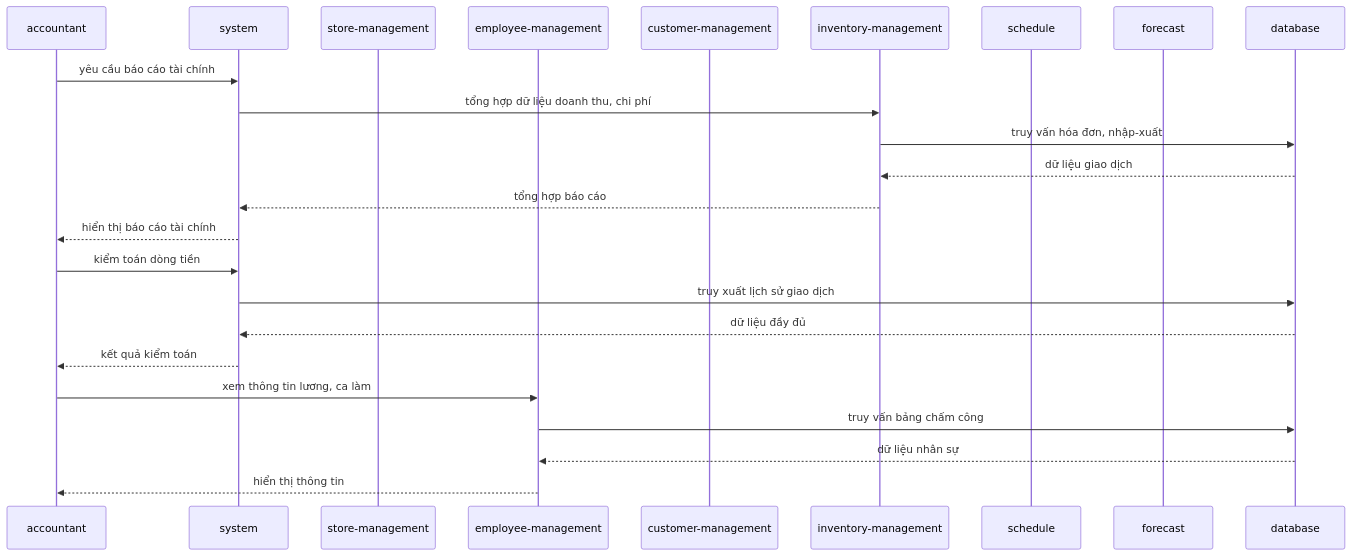
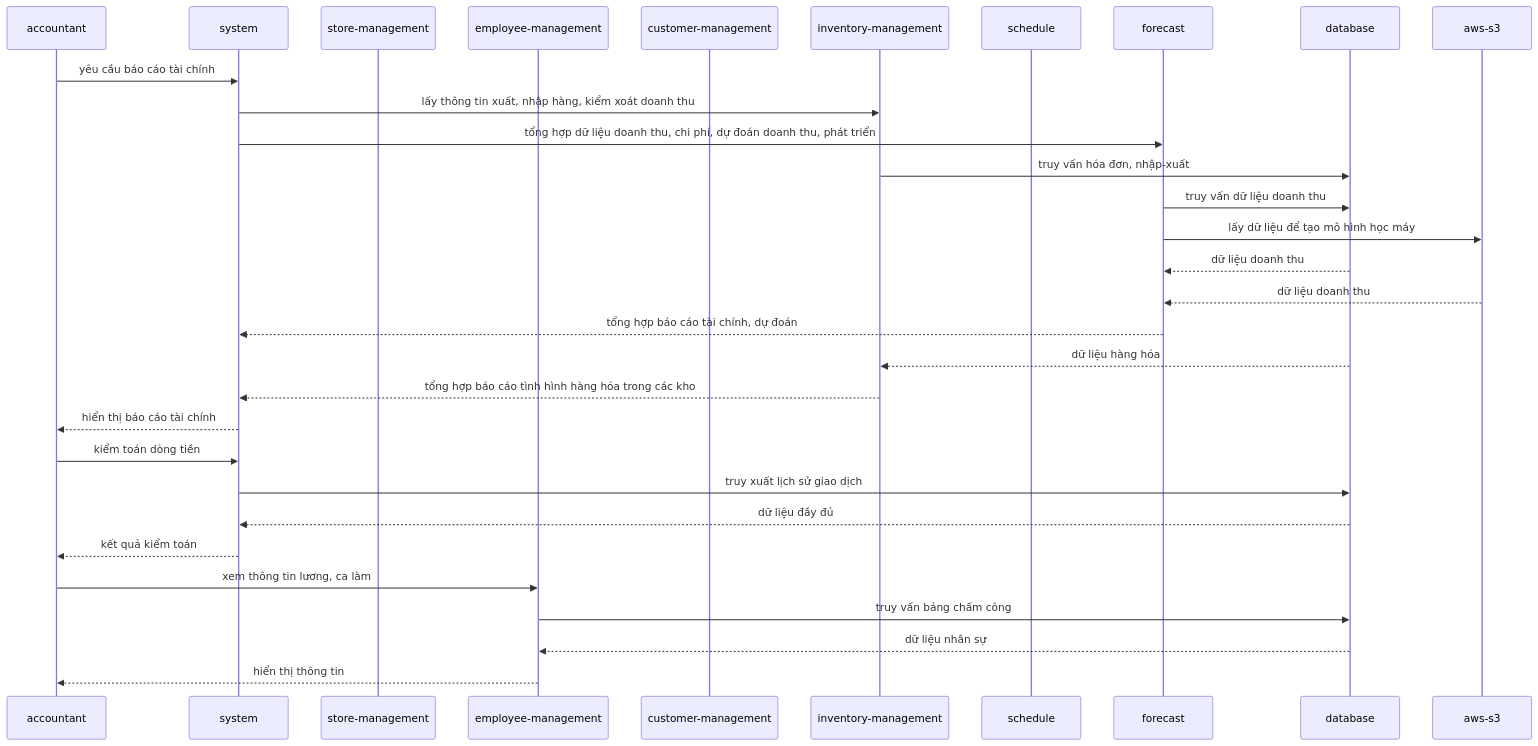
Before and after one commit to vutiendat2302/optima-product-winmart-system: the eighth of 14 diagrams in README.md, drawn with Mermaid. The commit also changed other lines of this file and 2 other files, not shown here.

````diff
--- a/README.md
+++ b/README.md
@@ -425,34 +450,40 @@
 ``` mermaid
 sequenceDiagram 
     participant accountant
     
     participant system
     participant store-management
     participant employee-management
     participant customer-management
     participant inventory-management
     participant schedule
     participant forecast
     participant database
 
     %% accountant xem báo cáo tài chính
     accountant->>system: yêu cầu báo cáo tài chính
-    system->>inventory-management: tổng hợp dữ liệu doanh thu, chi phí
+    system->>inventory-management: lấy thông tin xuất, nhập hàng, kiểm xoát doanh thu
+    system->> forecast: tổng hợp dữ liệu doanh thu, chi phí, dự đoán doanh thu, phát triển
     inventory-management->>database: truy vấn hóa đơn, nhập-xuất
-    database-->>inventory-management: dữ liệu giao dịch
-    inventory-management-->>system: tổng hợp báo cáo
+    forecast ->> database: truy vấn dữ liệu doanh thu
+    forecast ->> aws-s3: lấy dữ liệu để tạo mô hình học máy
+    database-->> forecast: dữ liệu doanh thu
+    aws-s3 -->> forecast: dữ liệu doanh thu
+    forecast -->> system: tổng hợp báo cáo tài chính, dự đoán
+    database-->>inventory-management: dữ liệu hàng hóa
+    inventory-management-->>system: tổng hợp báo cáo tình hình hàng hóa trong các kho
     system-->>accountant: hiển thị báo cáo tài chính
 
     %% accountant kiểm toán dòng tiền
     accountant->>system: kiểm toán dòng tiền
     system->>database: truy xuất lịch sử giao dịch
     database-->>system: dữ liệu đầy đủ
     system-->>accountant: kết quả kiểm toán
 
     %% accountant xem thông tin nhân viên cửa hàng
     accountant->>employee-management: xem thông tin lương, ca làm
     employee-management->>database: truy vấn bảng chấm công
     database-->>employee-management: dữ liệu nhân sự
     employee-management-->>accountant: hiển thị thông tin
 
 ```
````
